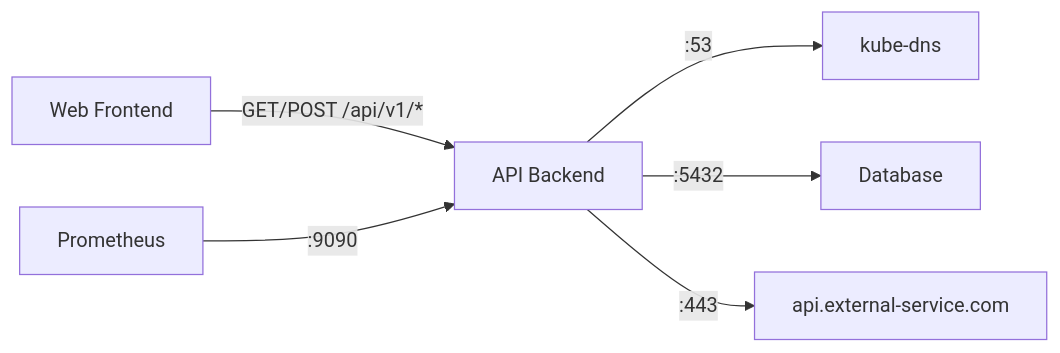
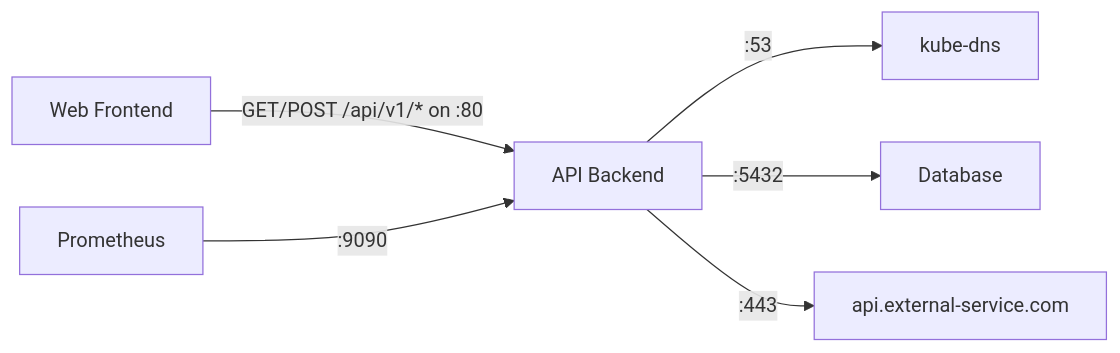
Before and after one commit to OneUptime/blog: the diagram in posts/2026-03-14-how-to-secure-a-sample-policy-in-cilium/README.md, drawn with Mermaid. The commit also changed other lines of this file and 2 other files, not shown here.

````diff
--- a/posts/2026-03-14-how-to-secure-a-sample-policy-in-cilium/README.md
+++ b/posts/2026-03-14-how-to-secure-a-sample-policy-in-cilium/README.md
@@ -146,8 +163,8 @@
 ```mermaid
 graph LR
-    A[Web Frontend] -->|GET/POST /api/v1/*| B[API Backend]
+    A[Web Frontend] -->|GET/POST /api/v1/* on :80| B[API Backend]
     C[Prometheus] -->|:9090| B
     B -->|:53| D[kube-dns]
     B -->|:5432| E[Database]
     B -->|:443| F[api.external-service.com]
 ```
````
